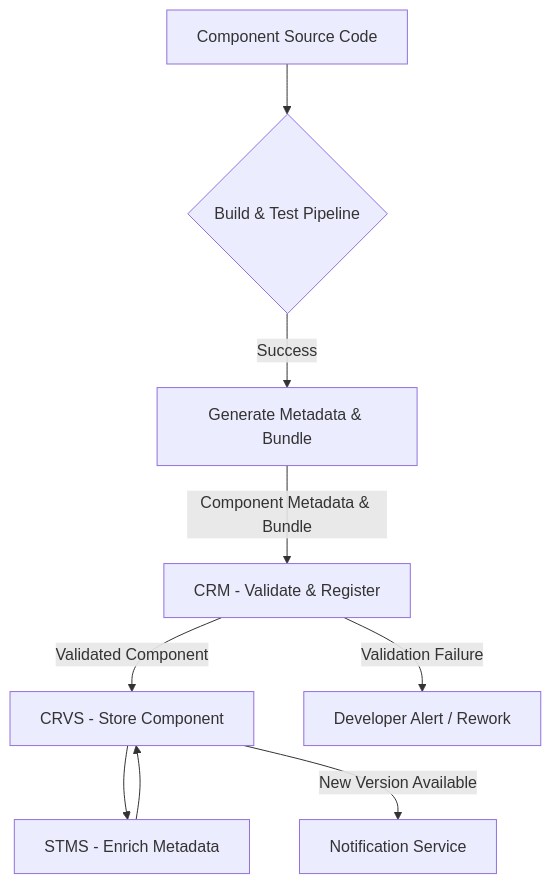
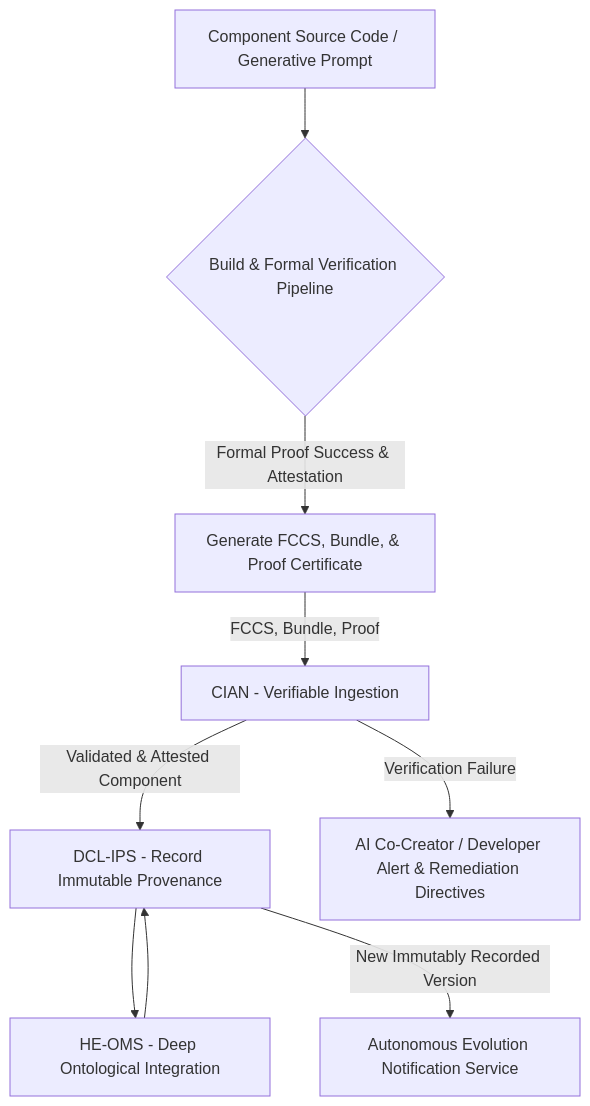
One commit to diplomat-bit/Citibank_Demo_Business_Inc_Demonstration- changed the second of 10 diagrams in inventions/015_adaptive_ui_layout_generation/018_dynamic_ui_component_framework.md. Above: the diagram before and after it, drawn with Mermaid. The commit also changed other lines of this file, not shown here.

Commit message:
[AI] Edit: inventions/015_adaptive_ui_layout_generation/018_dynamic_ui_component_framework.md

````diff
--- a/inventions/015_adaptive_ui_layout_generation/018_dynamic_ui_component_framework.md
+++ b/inventions/015_adaptive_ui_layout_generation/018_dynamic_ui_component_framework.md
@@ -74,11 +91,11 @@
 ```mermaid
 graph TD
-    A[Component Source Code] --> B{Build & Test Pipeline};
-    B -- Success --> C[Generate Metadata & Bundle];
-    C -- Component Metadata & Bundle --> D[CRM - Validate & Register];
-    D -- Validated Component --> E[CRVS - Store Component];
-    D -- Validation Failure --> F[Developer Alert / Rework];
-    E --> G[STMS - Enrich Metadata];
+    A[Component Source Code / Generative Prompt] --> B{Build & Formal Verification Pipeline};
+    B -- Formal Proof Success & Attestation --> C[Generate FCCS, Bundle, & Proof Certificate];
+    C -- FCCS, Bundle, Proof --> D[CIAN - Verifiable Ingestion];
+    D -- Validated & Attested Component --> E[DCL-IPS - Record Immutable Provenance];
+    D -- Verification Failure --> F[AI Co-Creator / Developer Alert & Remediation Directives];
+    E --> G[HE-OMS - Deep Ontological Integration];
     G --> E;
-    E -- New Version Available --> H[Notification Service];
+    E -- New Immutably Recorded Version --> H[Autonomous Evolution Notification Service];
 ```
````
